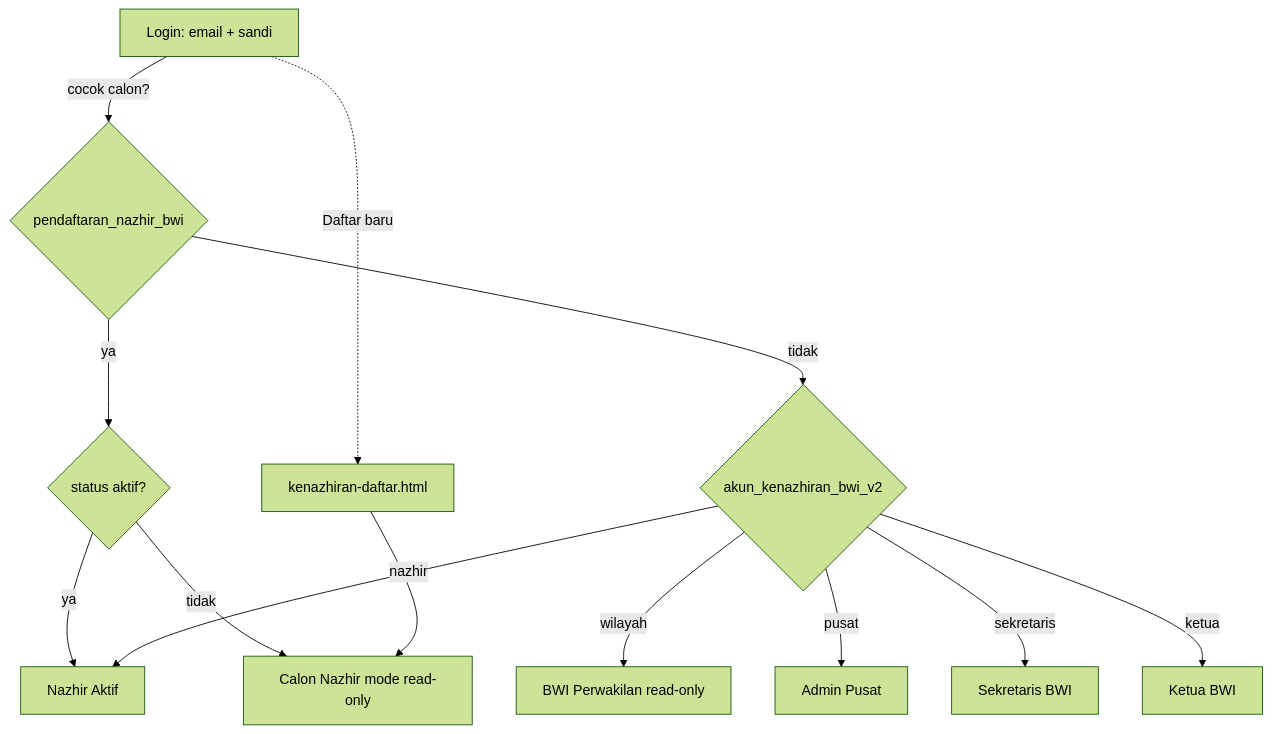
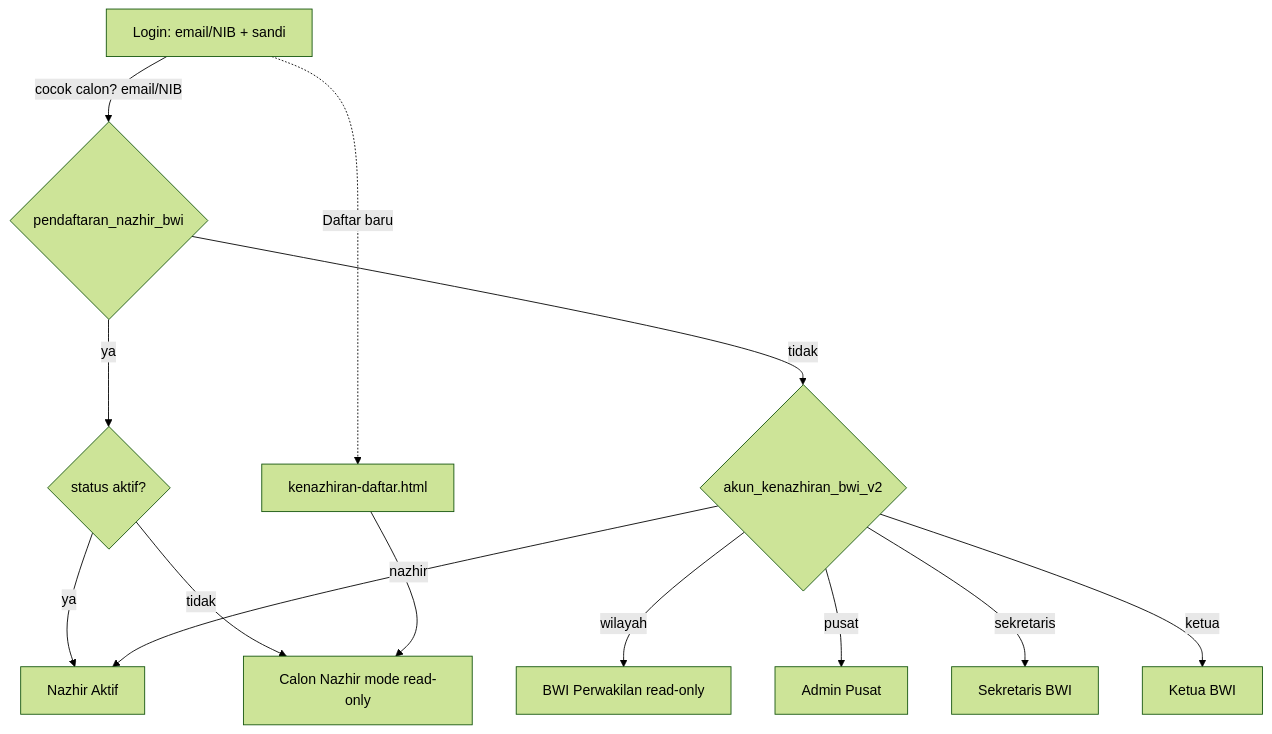
The first of 5 diagrams in PRD-FLOW-DESIGN-KENAZHIRAN.md (asshidiqreyhan/prototype_kenazhiran), drawn with Mermaid (forest theme) before and after one commit. The commit also changed other lines of this file and 7 other files, not shown here.

````diff
--- a/PRD-FLOW-DESIGN-KENAZHIRAN.md
+++ b/PRD-FLOW-DESIGN-KENAZHIRAN.md
@@ -215,15 +219,15 @@
 ```mermaid
 flowchart TD
-  A[Login: email + sandi] -->|cocok calon?| B{pendaftaran_nazhir_bwi}
+  A[Login: email/NIB + sandi] -->|cocok calon? email/NIB| B{pendaftaran_nazhir_bwi}
   B -- ya --> C{status aktif?}
   C -- ya --> N1[Nazhir Aktif]
   C -- tidak --> N0[Calon Nazhir mode read-only]
   B -- tidak --> D{akun_kenazhiran_bwi_v2}
   D -- nazhir --> N1
   D -- wilayah --> W[BWI Perwakilan read-only]
   D -- pusat --> P[Admin Pusat]
   D -- sekretaris --> SK[Sekretaris BWI]
   D -- ketua --> KT[Ketua BWI]
   A -.->|Daftar baru| REG[kenazhiran-daftar.html]
   REG --> N0
 ```
````
